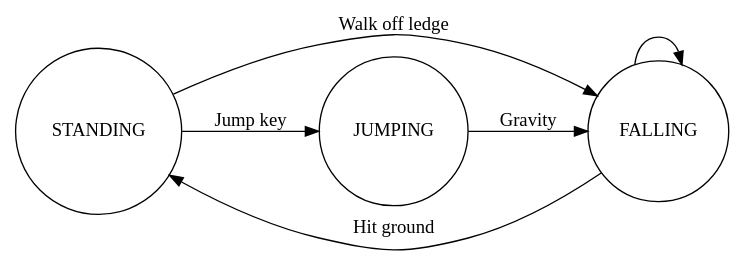
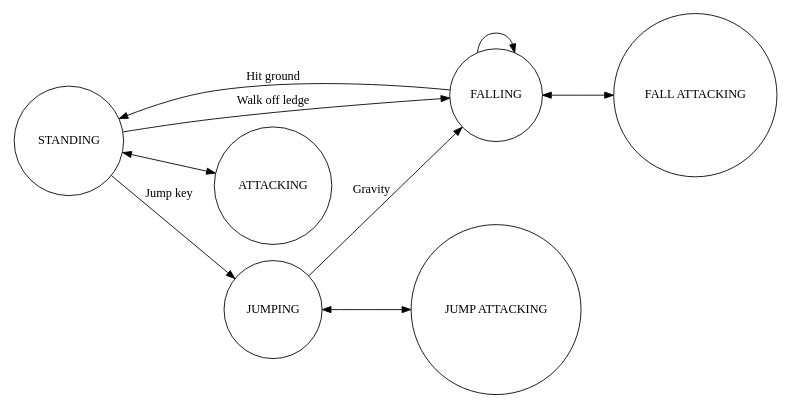
Before and after one commit to dirak/videos: the diagram in statemachine/graphics/good_fsm.gv, drawn with Graphviz. The commit also changed 10 other files, not shown here.

```diff
--- a/statemachine/graphics/good_fsm.gv
+++ b/statemachine/graphics/good_fsm.gv
@@ -1,14 +1,20 @@
 digraph fsm_jumping {
     rankdir=LR;
     size="8,5"
 		splines=true
 		overlap=scalexy;
     node [shape = circle label = "STANDING" ]; S
 		node [shape = circle label = "FALLING"  ]; F
 		node [shape = circle label = "JUMPING"  ]; J
+		node [shape = circle label = "ATTACKING"  ]; A
+		node [shape = circle label = "FALL ATTACKING"  ]; FA
+		node [shape = circle label = "JUMP ATTACKING"  ]; JA
 		S -> J [ label = "Jump key" ]
 		S -> F [ label = "Walk off ledge" ]
 		F -> S [ label = "Hit ground" ]
 		J -> F [ label = "Gravity" ]
 		F -> F
+		J -> JA [ dir = "both" ]
+		F -> FA [ dir = "both" ]
+		S -> A [ dir = "both" ]
 }
```
